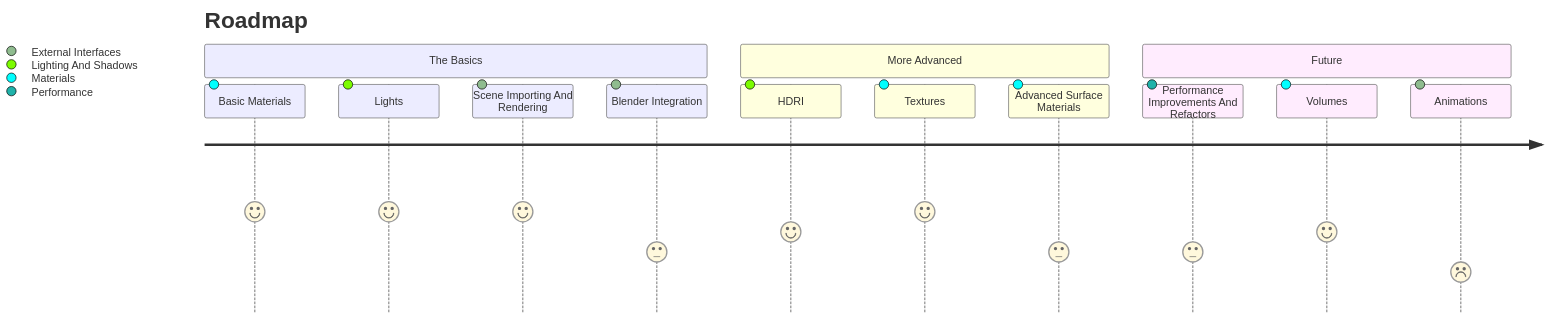
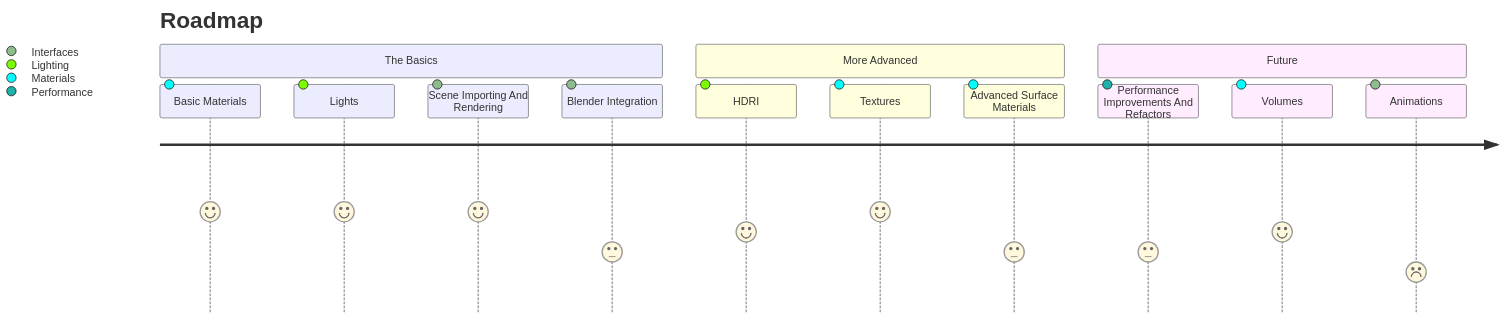
Before and after one commit to Nicholas-Tuttle/RayTracer: the diagram in README.md, drawn with Mermaid.

````diff
--- a/README.md
+++ b/README.md
@@ -6,17 +6,17 @@
 ```mermaid
   journey
     title Roadmap
     section The Basics
       Basic Materials: 5: Materials
-      Lights: 5: Lighting And Shadows
-      Scene Importing And Rendering: 5: External Interfaces
-      Blender Integration: 3: External Interfaces
+      Lights: 5: Lighting
+      Scene Importing And Rendering: 5: Interfaces
+      Blender Integration: 3: Interfaces
     section More Advanced
-      HDRI: 4: Lighting And Shadows
+      HDRI: 4: Lighting
       Textures: 5: Materials
       Advanced Surface Materials: 3: Materials
     section Future
       Performance Improvements And Refactors: 3: Performance
       Volumes: 4: Materials
-      Animations: 2: External Interfaces
+      Animations: 2: Interfaces
 ```
````
